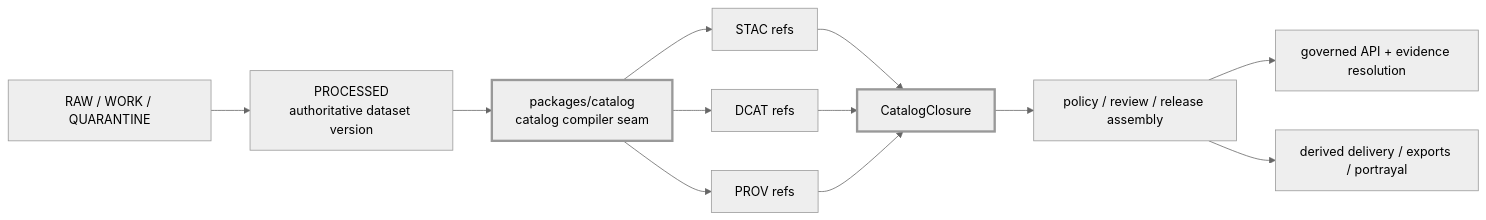
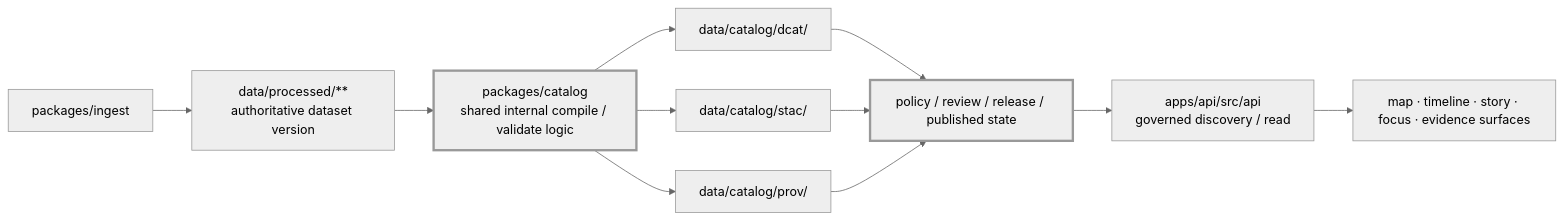
The diagram in packages/catalog/README.md (bartytime4life/Kansas-Frontier-Matrix), drawn with Mermaid (neutral theme) before and after one commit. The commit also changed other lines of this file, not shown here.

````diff
--- a/packages/catalog/README.md
+++ b/packages/catalog/README.md
@@ -191,20 +235,19 @@
 ```mermaid
 flowchart LR
-    A["RAW / WORK / QUARANTINE"] --> B["PROCESSED<br/>authoritative dataset version"]
-    B --> C["packages/catalog<br/>catalog compiler seam"]
+    A["data/processed/**<br/>authoritative dataset version"] --> B["packages/catalog<br/>shared internal compile / validate logic"]
+    B --> C["data/catalog/dcat/"]
+    B --> D["data/catalog/stac/"]
+    B --> E["data/catalog/prov/"]
 
-    C --> D["STAC refs"]
-    C --> E["DCAT refs"]
-    C --> F["PROV refs"]
+    C --> F["policy / review / release / published state"]
+    D --> F
+    E --> F
 
-    D --> G["CatalogClosure"]
-    E --> G
-    F --> G
+    F --> G["apps/api/src/api<br/>governed discovery / read"]
+    G --> H["map · timeline · story · focus · evidence surfaces"]
 
-    G --> H["policy / review / release assembly"]
-    H --> I["governed API + evidence resolution"]
-    H --> J["derived delivery / exports / portrayal"]
+    I["packages/ingest"] --> A
 
-    style C stroke-width:3px
-    style G stroke-width:3px
+    style B stroke-width:3px
+    style F stroke-width:3px
 ```
````
